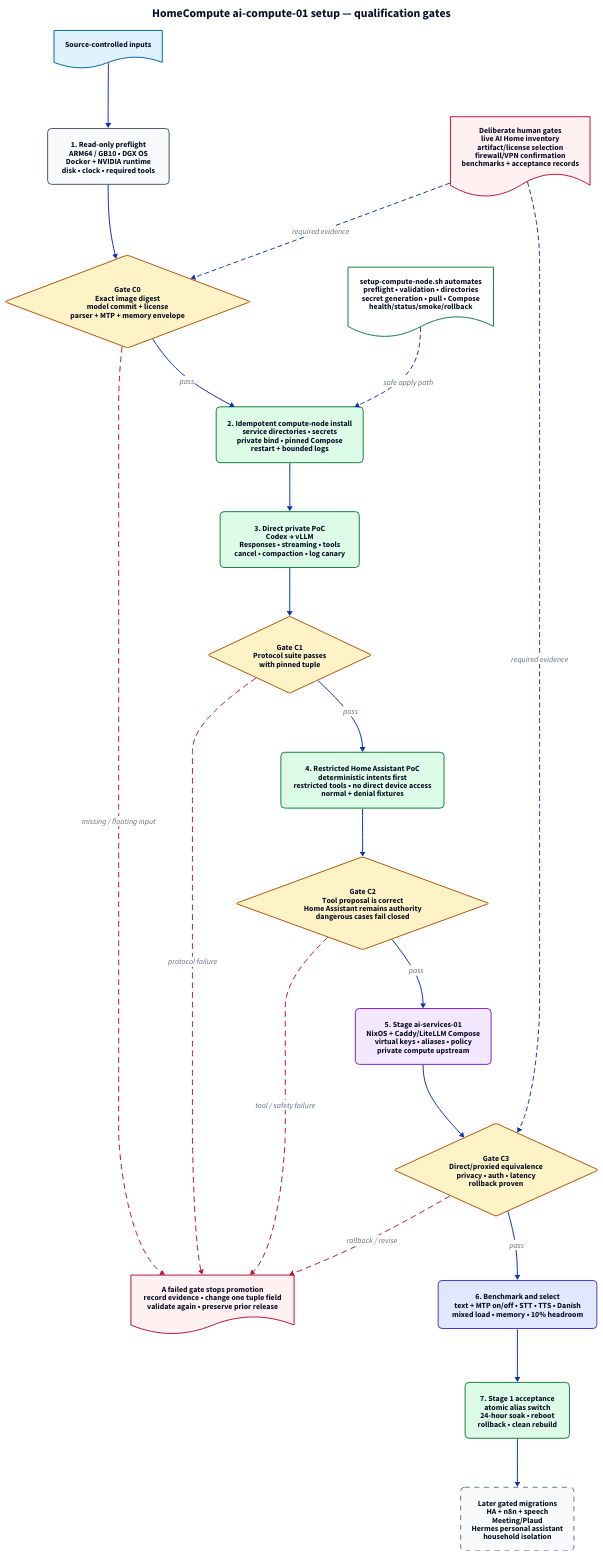
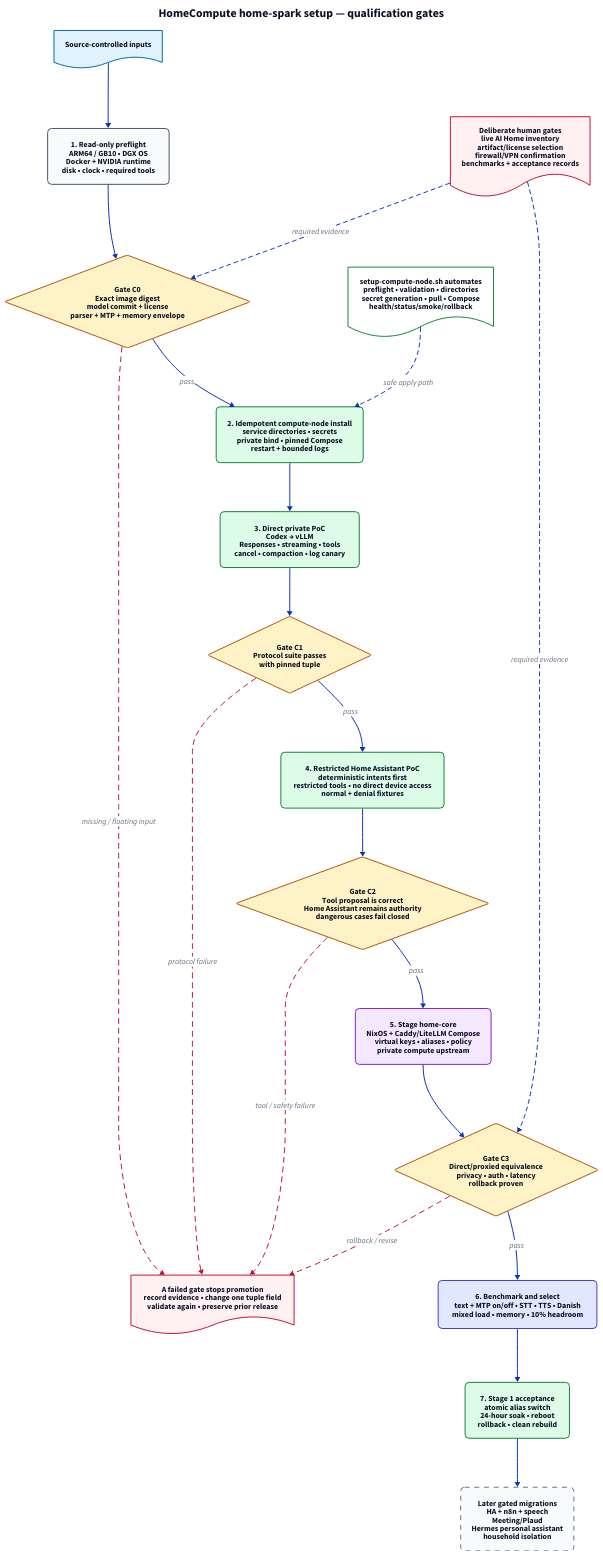
One commit to madslundt/HomeCompute changed the diagram in diagrams/gb10-installation.d2. Above: the diagram before and after it, drawn with D2. The commit also changed 60 other files, not shown here.

Commit message:
feat: deploy home-core from pinned Git commits

```diff
--- a/diagrams/gb10-installation.d2
+++ b/diagrams/gb10-installation.d2
@@ -1,108 +1,108 @@
 direction: down
 
 title: {
-  label: "HomeCompute ai-compute-01 setup — qualification gates"
+  label: "HomeCompute home-spark setup — qualification gates"
   shape: text
   near: top-center
   style: { font-size: 24; bold: true }
 }
 
 source: "Source-controlled inputs" {
   shape: document
   style: { fill: "#E0F2FE"; stroke: "#0369A1" }
 }
 
 preflight: "1. Read-only preflight\nARM64 / GB10 • DGX OS\nDocker + NVIDIA runtime\ndisk • clock • required tools" {
   style: { fill: "#F8FAFC"; stroke: "#475569"; border-radius: 8 }
 }
 
 gate_c0: "Gate C0\nExact image digest\nmodel commit + license\nparser + MTP + memory envelope" {
   shape: diamond
   style: { fill: "#FEF3C7"; stroke: "#B45309" }
 }
 
 install: "2. Idempotent compute-node install\nservice directories • secrets\nprivate bind • pinned Compose\nrestart + bounded logs" {
   style: { fill: "#DCFCE7"; stroke: "#15803D"; border-radius: 8 }
 }
 
 direct: "3. Direct private PoC\nCodex → vLLM\nResponses • streaming • tools\ncancel • compaction • log canary" {
   style: { fill: "#DCFCE7"; stroke: "#15803D"; border-radius: 8 }
 }
 
 gate_c1: "Gate C1\nProtocol suite passes\nwith pinned tuple" {
   shape: diamond
   style: { fill: "#FEF3C7"; stroke: "#B45309" }
 }
 
 ha_poc: "4. Restricted Home Assistant PoC\ndeterministic intents first\nrestricted tools • no direct device access\nnormal + denial fixtures" {
   style: { fill: "#DCFCE7"; stroke: "#15803D"; border-radius: 8 }
 }
 
 gate_c2: "Gate C2\nTool proposal is correct\nHome Assistant remains authority\ndangerous cases fail closed" {
   shape: diamond
   style: { fill: "#FEF3C7"; stroke: "#B45309" }
 }
 
-control: "5. Stage ai-services-01\nNixOS + Caddy/LiteLLM Compose\nvirtual keys • aliases • policy\nprivate compute upstream" {
+control: "5. Stage home-core\nNixOS + Caddy/LiteLLM Compose\nvirtual keys • aliases • policy\nprivate compute upstream" {
   style: { fill: "#F3E8FF"; stroke: "#7E22CE"; border-radius: 8 }
 }
 
 gate_c3: "Gate C3\nDirect/proxied equivalence\nprivacy • auth • latency\nrollback proven" {
   shape: diamond
   style: { fill: "#FEF3C7"; stroke: "#B45309" }
 }
 
 rework: "A failed gate stops promotion\nrecord evidence • change one tuple field\nvalidate again • preserve prior release" {
   shape: document
   style: { fill: "#FFF1F2"; stroke: "#BE123C" }
 }
 
 benchmark: "6. Benchmark and select\ntext + MTP on/off • STT • TTS • Danish\nmixed load • memory • 10% headroom" {
   style: { fill: "#E0E7FF"; stroke: "#4338CA"; border-radius: 8 }
 }
 
 stage1: "7. Stage 1 acceptance\natomic alias switch\n24-hour soak • reboot\nrollback • clean rebuild" {
   style: { fill: "#DCFCE7"; stroke: "#15803D"; border-radius: 8 }
 }
 
 later: "Later gated migrations\nHA + n8n + speech\nMeeting/Plaud\nHermes personal assistant\nhousehold isolation" {
   style: { fill: "#F8FAFC"; stroke: "#64748B"; stroke-dash: 5; border-radius: 8 }
 }
 
 source -> preflight -> gate_c0
 gate_c0 -> install: "pass"
 install -> direct -> gate_c1
 gate_c1 -> ha_poc: "pass"
 ha_poc -> gate_c2
 gate_c2 -> control: "pass"
 control -> gate_c3
 gate_c3 -> benchmark: "pass"
 benchmark -> stage1 -> later
 
 gate_c0 -> rework: "missing / floating input" {
   style.stroke: "#BE123C"
   style.stroke-dash: 5
 }
 gate_c1 -> rework: "protocol failure" {
   style.stroke: "#BE123C"
   style.stroke-dash: 5
 }
 gate_c2 -> rework: "tool / safety failure" {
   style.stroke: "#BE123C"
   style.stroke-dash: 5
 }
 gate_c3 -> rework: "rollback / revise" {
   style.stroke: "#BE123C"
   style.stroke-dash: 5
 }
 
 automation: "setup-compute-node.sh automates\npreflight • validation • directories\nsecret generation • pull • Compose\nhealth/status/smoke/rollback"
 automation.shape: document
 automation.style: { fill: "#FFFFFF"; stroke: "#15803D" }
 automation -> install: "safe apply path" { style.stroke-dash: 4 }
 
 manual: "Deliberate human gates\nlive AI Home inventory\nartifact/license selection\nfirewall/VPN confirmation\nbenchmarks + acceptance records"
 manual.shape: document
 manual.style: { fill: "#FFF1F2"; stroke: "#BE123C" }
 manual -> gate_c0: "required evidence" { style.stroke-dash: 4 }
 manual -> gate_c3: "required evidence" { style.stroke-dash: 4 }
```
